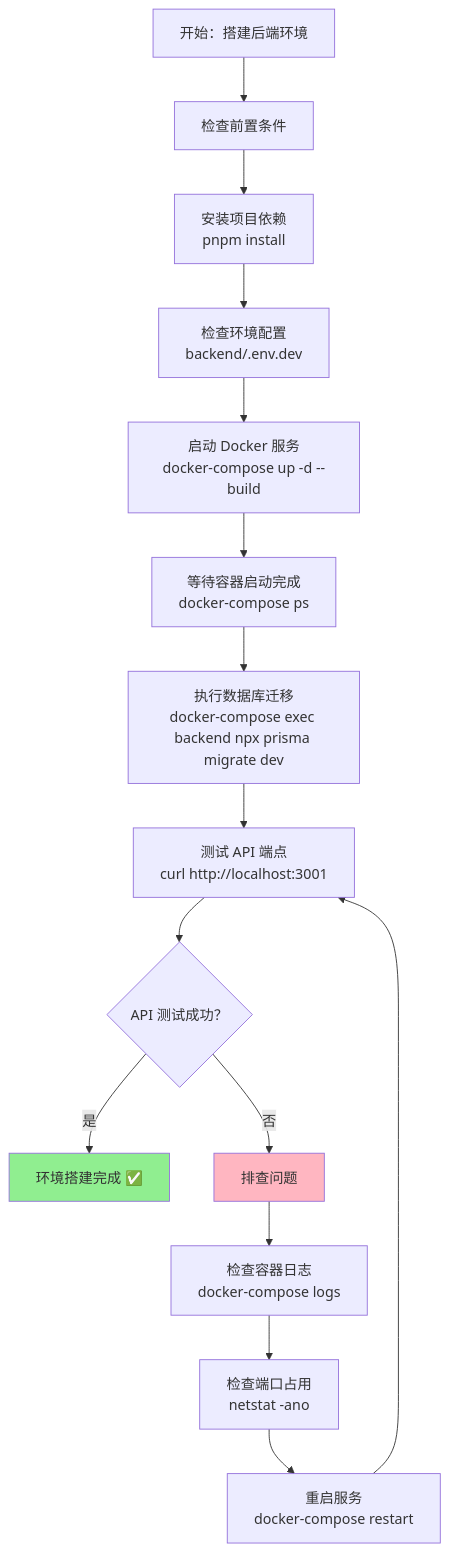
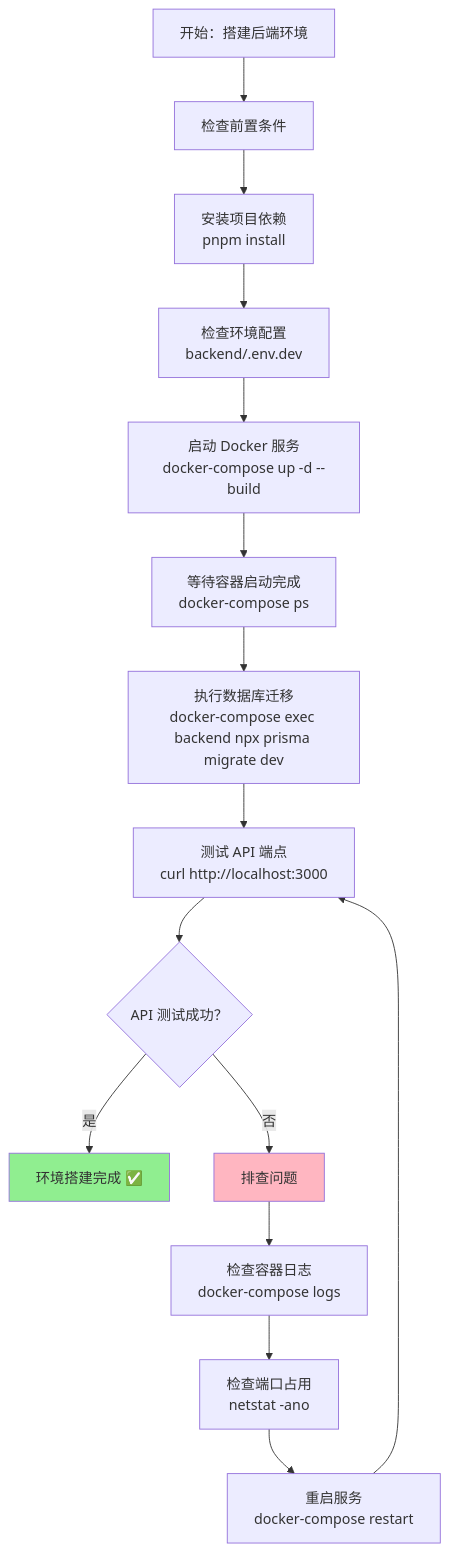
The first of 2 diagrams in docs/tutorial/how-database-with-prisma-works.md (ubuntutester202/wechat-shop), drawn with Mermaid before and after one commit. The commit also changed other lines of this file and 28 other files, not shown here.

````diff
--- a/docs/tutorial/how-database-with-prisma-works.md
+++ b/docs/tutorial/how-database-with-prisma-works.md
@@ -156,20 +156,20 @@
 ```mermaid
 graph TD
     A[开始：搭建后端环境] --> B[检查前置条件];
     B --> C[安装项目依赖<br/>pnpm install];
     C --> D[检查环境配置<br/>backend/.env.dev];
     D --> E[启动 Docker 服务<br/>docker-compose up -d --build];
     E --> F[等待容器启动完成<br/>docker-compose ps];
     F --> G[执行数据库迁移<br/>docker-compose exec backend npx prisma migrate dev];
-    G --> H[测试 API 端点<br/>curl http://localhost:3001];
+    G --> H[测试 API 端点<br/>curl http://localhost:3000];
     H --> I{API 测试成功？};
     I -->|是| J[环境搭建完成 ✅];
     I -->|否| K[排查问题];
     K --> L[检查容器日志<br/>docker-compose logs];
     L --> M[检查端口占用<br/>netstat -ano];
     M --> N[重启服务<br/>docker-compose restart];
     N --> H;
 
     style J fill:#90EE90
     style K fill:#FFB6C1
 ```
````
